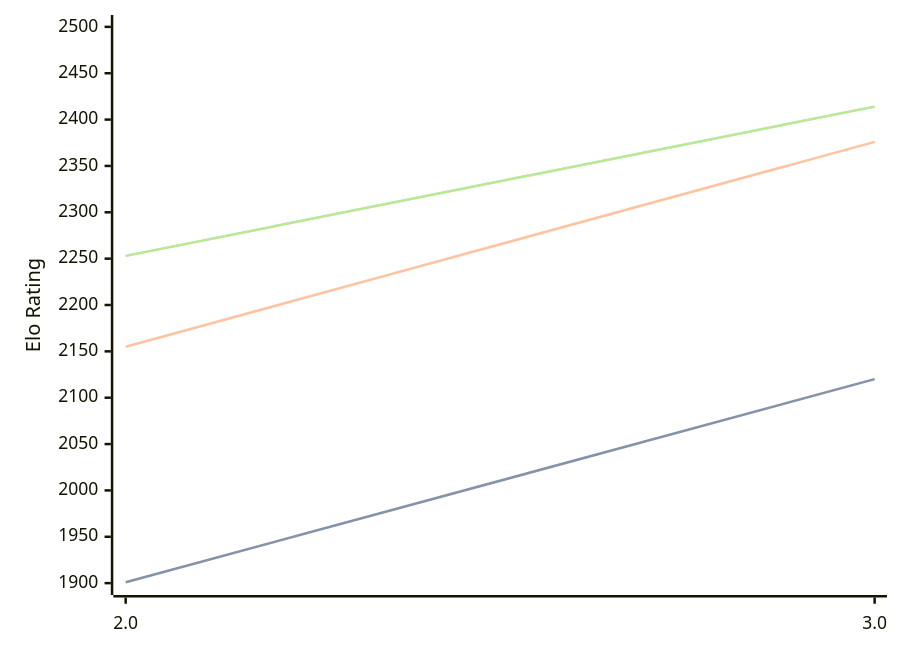
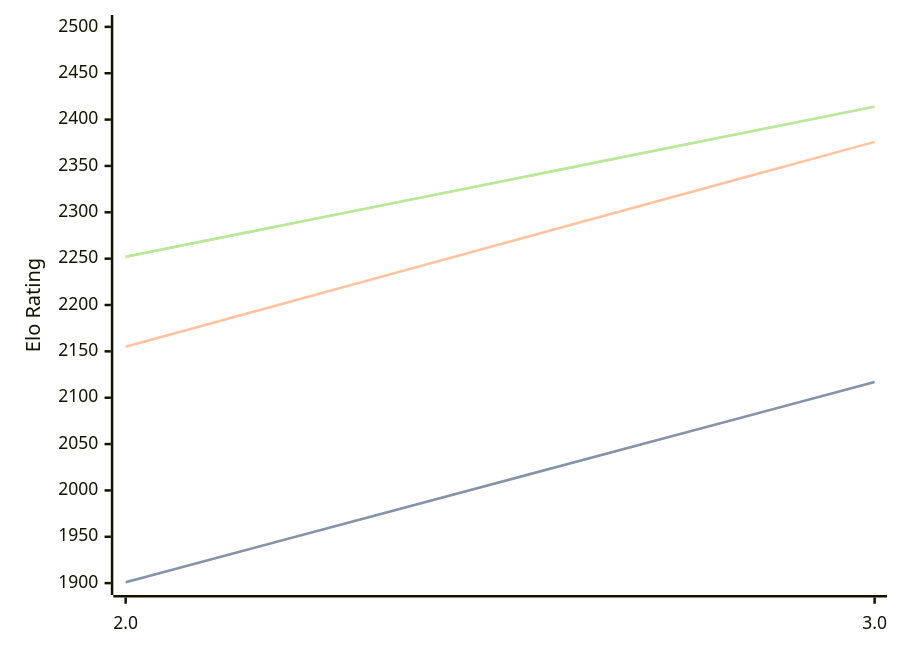
Before and after one commit to computer-chess-index/cci: the diagram in engines/Zeno.md, drawn with Mermaid. The commit also changed other lines of this file, not shown here.

Commit message:
Update CCI Ratings (ELO VLTC) - 2026-09-04

````diff
--- a/engines/Zeno.md
+++ b/engines/Zeno.md
@@ -32,11 +32,11 @@
 ```mermaid
 %%{init: {"theme":"base","themeVariables":{"seriesColors:['#a3a3a3','#222221','#faa371']}}}%%
 xychart-beta
   x-axis ["2.0", "3.0"]
   y-axis "Elo Rating" 1900 --> 2500
-  line "" [1901, 2120]
-  line "STC (8.0+0.08s)" [1901, 2120]
+  line "" [1901, 2117]
+  line "STC (8.0+0.08s)" [1901, 2117]
   line "LTC (60.0+0.60s)" [2155, 2376]
-  line "" [2253, 2414]
-  line "VLTC (2m24s+1.12s)" [2253, 2414]
+  line "" [2252, 2414]
+  line "VLTC (2m24s+1.12s)" [2252, 2414]
 ```
````
